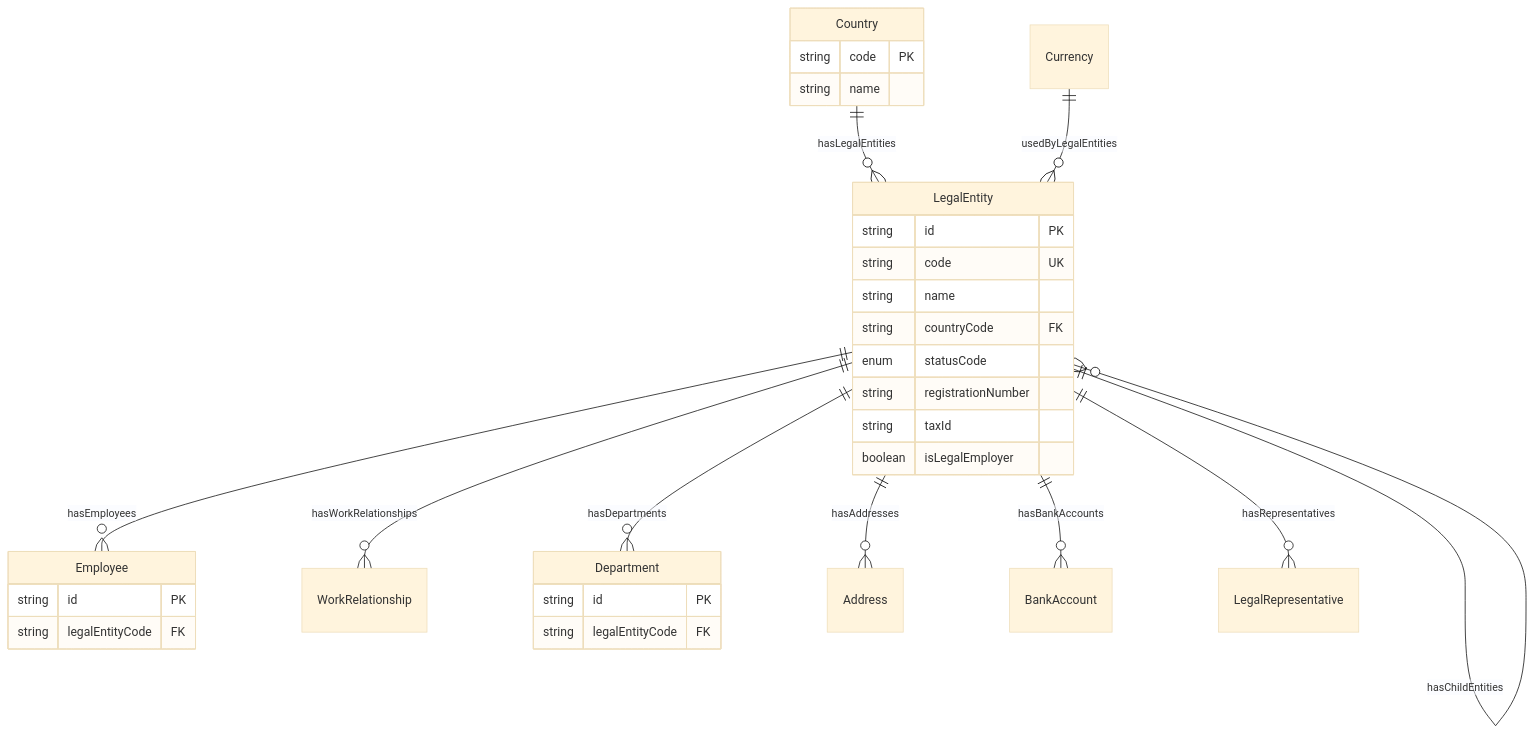
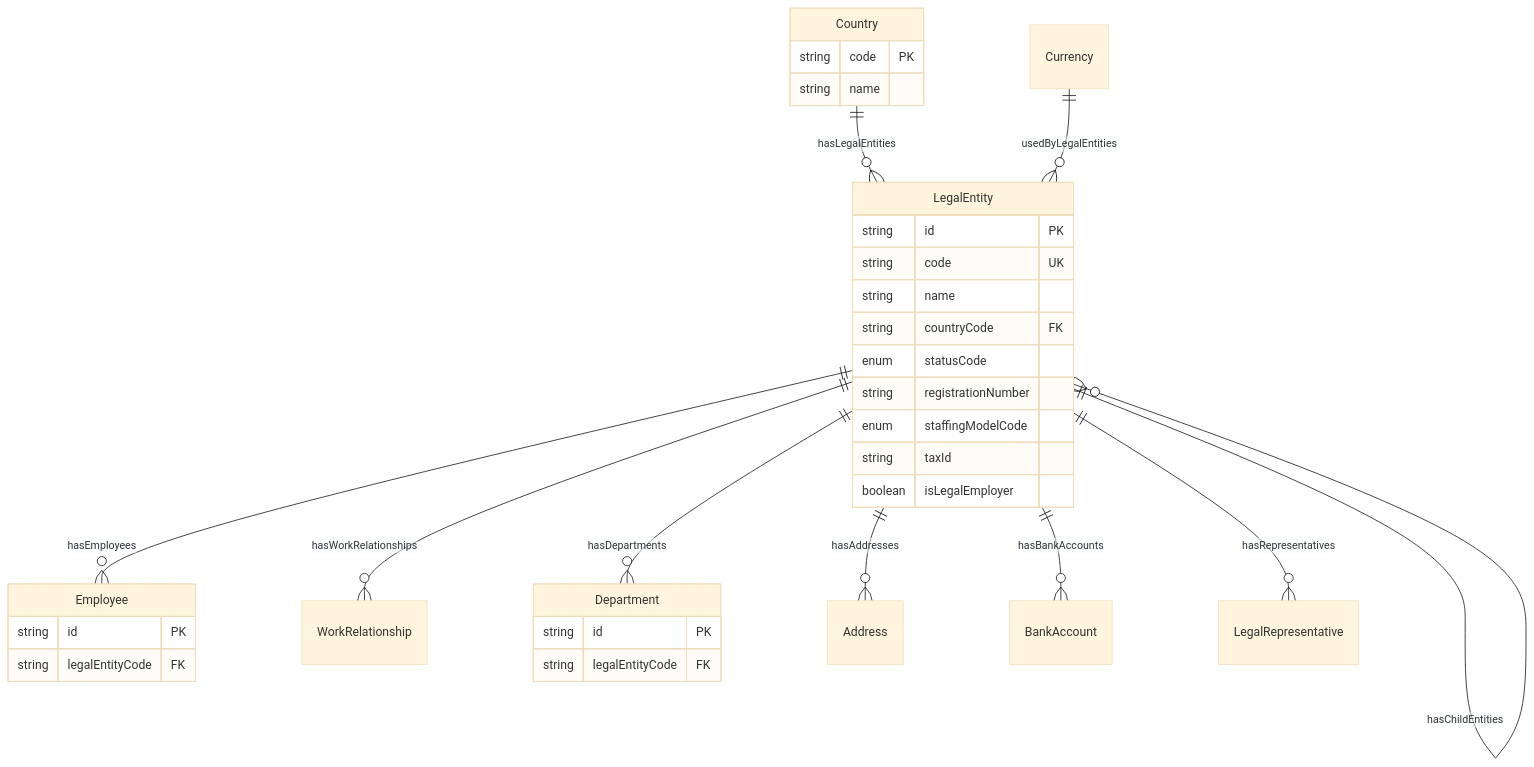
Before and after one commit to a4b-corporation/xTalent: the second of 3 diagrams in docs/01-modules/CO/00-new/02.ontology/org/LegalEntity.onto.md, drawn with Mermaid (base theme). The commit also changed other lines of this file and 11 other files, not shown here.

````diff
--- a/docs/01-modules/CO/00-new/02.ontology/org/LegalEntity.onto.md
+++ b/docs/01-modules/CO/00-new/02.ontology/org/LegalEntity.onto.md
@@ -548,38 +581,39 @@
 ```mermaid
 erDiagram
     Country ||--o{ LegalEntity : hasLegalEntities
     Currency ||--o{ LegalEntity : usedByLegalEntities
     LegalEntity ||--o{ LegalEntity : hasChildEntities
     LegalEntity ||--o{ Employee : hasEmployees
     LegalEntity ||--o{ WorkRelationship : hasWorkRelationships
     LegalEntity ||--o{ Department : hasDepartments
     LegalEntity ||--o{ Address : hasAddresses
     LegalEntity ||--o{ BankAccount : hasBankAccounts
     LegalEntity ||--o{ LegalRepresentative : hasRepresentatives
     
     LegalEntity {
         string id PK
         string code UK
         string name
         string countryCode FK
         enum statusCode
         string registrationNumber
+        enum staffingModelCode
         string taxId
         boolean isLegalEmployer
     }
     
     Country {
         string code PK
         string name
     }
     
     Employee {
         string id PK
         string legalEntityCode FK
     }
     
     Department {
         string id PK
         string legalEntityCode FK
     }
 ```
````
